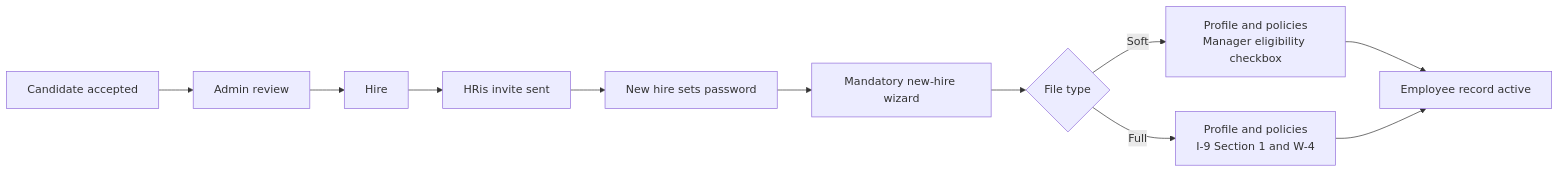
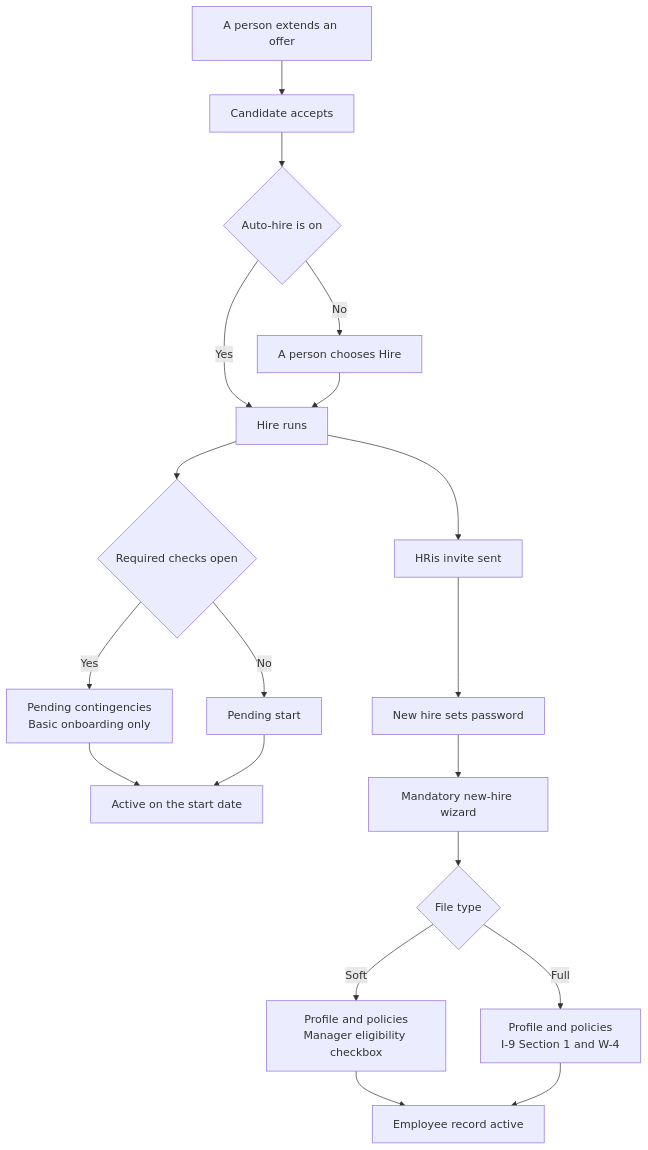
The first of 8 diagrams in README.md (staceykay67/scalemaker-hris-showcase), drawn with Mermaid before and after one commit. The commit also changed other lines of this file, not shown here.

````diff
--- a/README.md
+++ b/README.md
@@ -58,13 +71,21 @@
 ```mermaid
-flowchart LR
-    A["Candidate accepted"] --> B["Admin review"]
-    B --> C["Hire"]
-    C --> D["HRis invite sent"]
-    D --> E["New hire sets password"]
-    E --> F["Mandatory new-hire wizard"]
-    F --> G{"File type"}
-    G -- "Soft" --> H["Profile and policies<br/>Manager eligibility checkbox"]
-    G -- "Full" --> I["Profile and policies<br/>I-9 Section 1 and W-4"]
-    H --> J["Employee record active"]
-    I --> J
+flowchart TB
+    Offer["A person extends an offer"] --> Accept["Candidate accepts"]
+    Accept --> Choice{"Auto-hire is on"}
+    Choice -- "Yes" --> Run["Hire runs"]
+    Choice -- "No" --> Manual["A person chooses Hire"]
+    Manual --> Run
+    Run --> Checks{"Required checks open"}
+    Checks -- "Yes" --> Cont["Pending contingencies<br/>Basic onboarding only"]
+    Checks -- "No" --> Start["Pending start"]
+    Cont --> Active["Active on the start date"]
+    Start --> Active
+    Run --> Invite["HRis invite sent"]
+    Invite --> Pass["New hire sets password"]
+    Pass --> Wiz["Mandatory new-hire wizard"]
+    Wiz --> File{"File type"}
+    File -- "Soft" --> Soft["Profile and policies<br/>Manager eligibility checkbox"]
+    File -- "Full" --> Full["Profile and policies<br/>I-9 Section 1 and W-4"]
+    Soft --> Done["Employee record active"]
+    Full --> Done
 ```
````
